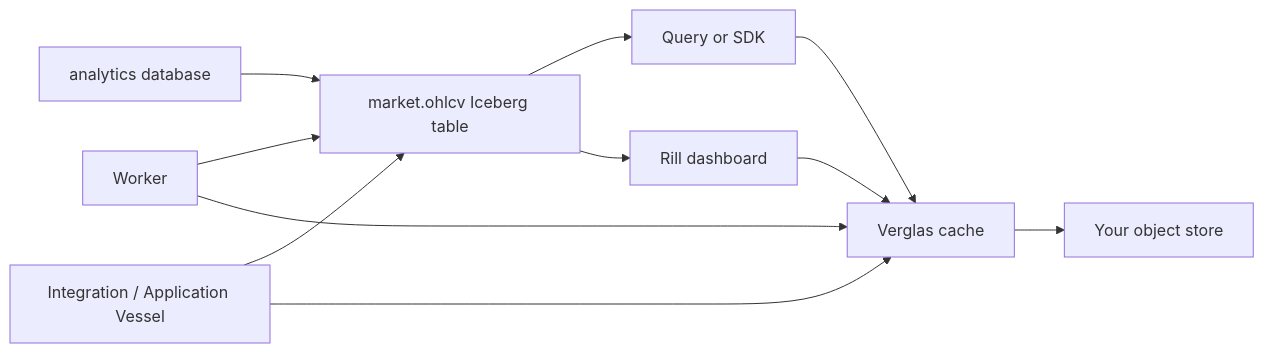
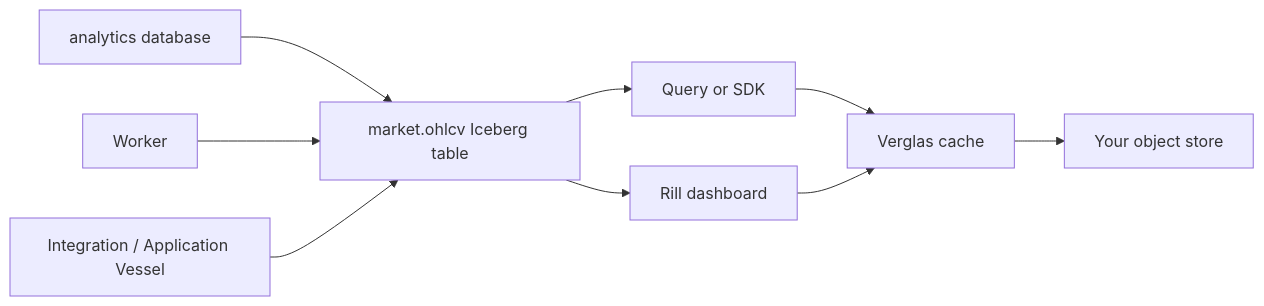
One commit to verglas-org/verglas changed the diagram in docs/index.mdx. Above: the diagram before and after it, drawn with Mermaid. The commit also changed other lines of this file and 3 other files, not shown here.

````diff
--- a/docs/index.mdx
+++ b/docs/index.mdx
@@ -27,12 +27,10 @@
 ```mermaid
 flowchart LR
   D["analytics database"] --> T["market.ohlcv Iceberg table"]
   W["Worker"] --> T
   T --> Q["Query or SDK"]
   T --> R["Rill dashboard"]
   V["Integration / Application Vessel"] --> T
   Q --> C["Verglas cache"] --> O["Your object store"]
   R --> C
-  V --> C
-  W --> C
 ```
````
